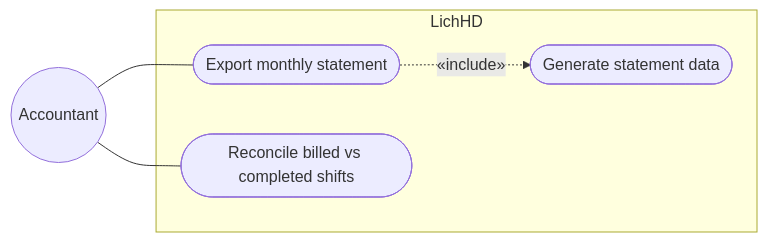
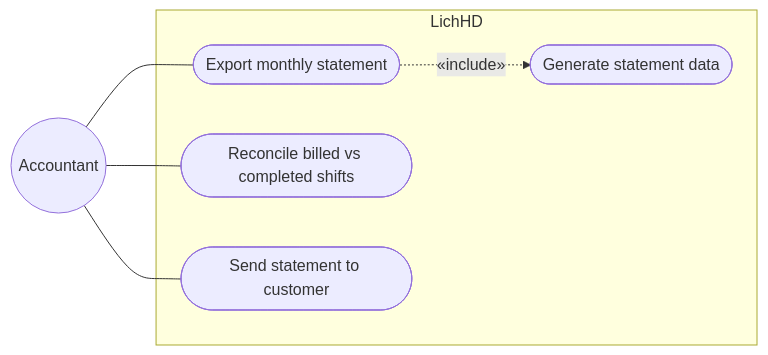
Before and after one commit to dDxCg/contrack: the fourth of 16 diagrams in docs/02-design-analysis.md, drawn with Mermaid. The commit also changed other lines of this file and 6 other files, not shown here.

````diff
--- a/docs/02-design-analysis.md
+++ b/docs/02-design-analysis.md
@@ -105,15 +112,17 @@
 ```mermaid
 flowchart LR
     Accountant((Accountant))
 
     subgraph Boundary["LichHD"]
         UC12([Export monthly statement])
         UC13([Generate statement data])
         UC14([Reconcile billed vs completed shifts])
+        UC20([Send statement to customer])
     end
 
     Accountant --- UC12
     Accountant --- UC14
+    Accountant --- UC20
 
     UC12 -.->|"&laquo;include&raquo;"| UC13
 ```
````
